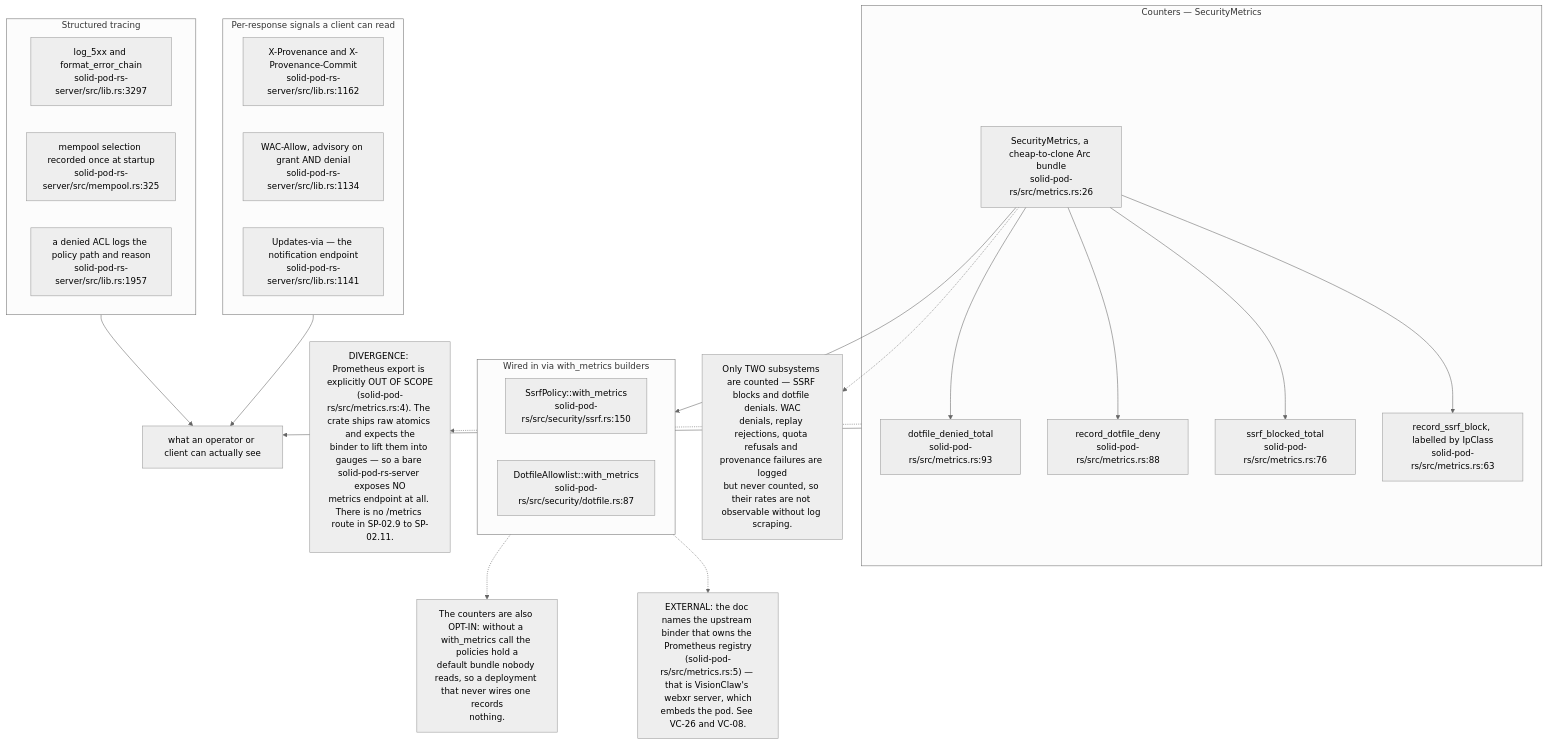
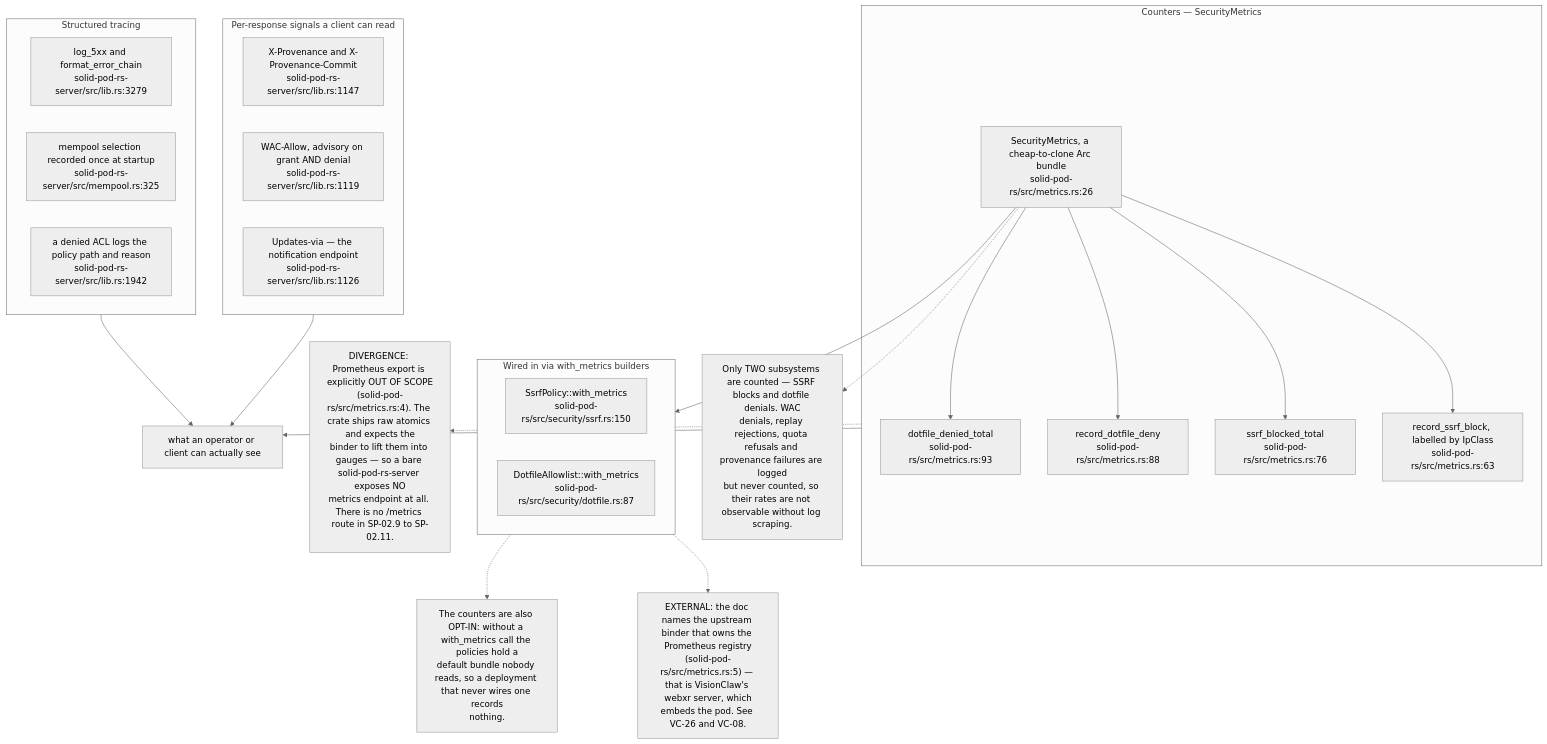
Before and after one commit to DreamLab-AI/VisionFlow: diagram 12 of 12 in docs/diagrams/solid-pod-rs/10-failure-modes-and-invariants.md, drawn with Mermaid (neutral theme). The commit also changed other lines of this file and 111 other files, not shown here.

Commit message:
docs(diagrams): align estate maps with current source

````diff
--- a/docs/diagrams/solid-pod-rs/10-failure-modes-and-invariants.md
+++ b/docs/diagrams/solid-pod-rs/10-failure-modes-and-invariants.md
@@ -339,42 +338,42 @@
 ```mermaid
 flowchart TD
     subgraph COUNT["Counters — SecurityMetrics"]
         SM["SecurityMetrics, a cheap-to-clone Arc bundle<br/>solid-pod-rs/src/metrics.rs:26"]
         SS["record_ssrf_block, labelled by IpClass<br/>solid-pod-rs/src/metrics.rs:63"]
         ST["ssrf_blocked_total<br/>solid-pod-rs/src/metrics.rs:76"]
         DF["record_dotfile_deny<br/>solid-pod-rs/src/metrics.rs:88"]
         DT["dotfile_denied_total<br/>solid-pod-rs/src/metrics.rs:93"]
     end
     subgraph WIRE["Wired in via with_metrics builders"]
         W1["SsrfPolicy::with_metrics<br/>solid-pod-rs/src/security/ssrf.rs:150"]
         W2["DotfileAllowlist::with_metrics<br/>solid-pod-rs/src/security/dotfile.rs:87"]
     end
     subgraph HDR["Per-response signals a client can read"]
-        H1["X-Provenance and X-Provenance-Commit<br/>solid-pod-rs-server/src/lib.rs:1162"]
-        H2["WAC-Allow, advisory on grant AND denial<br/>solid-pod-rs-server/src/lib.rs:1134"]
-        H3["Updates-via — the notification endpoint<br/>solid-pod-rs-server/src/lib.rs:1141"]
+        H1["X-Provenance and X-Provenance-Commit<br/>solid-pod-rs-server/src/lib.rs:1147"]
+        H2["WAC-Allow, advisory on grant AND denial<br/>solid-pod-rs-server/src/lib.rs:1119"]
+        H3["Updates-via — the notification endpoint<br/>solid-pod-rs-server/src/lib.rs:1126"]
     end
     subgraph LOG["Structured tracing"]
-        L1["log_5xx and format_error_chain<br/>solid-pod-rs-server/src/lib.rs:3297"]
+        L1["log_5xx and format_error_chain<br/>solid-pod-rs-server/src/lib.rs:3279"]
         L2["mempool selection recorded once at startup<br/>solid-pod-rs-server/src/mempool.rs:325"]
-        L3["a denied ACL logs the policy path and reason<br/>solid-pod-rs-server/src/lib.rs:1957"]
+        L3["a denied ACL logs the policy path and reason<br/>solid-pod-rs-server/src/lib.rs:1942"]
     end
 
     SM --> SS
     SM --> ST
     SM --> DF
     SM --> DT
     SM --> WIRE
     HDR --> OP["what an operator or client can actually see"]
     LOG --> OP
     COUNT --> OP
 
     N["DIVERGENCE: Prometheus export is explicitly OUT OF SCOPE<br/>(solid-pod-rs/src/metrics.rs:4). The crate ships raw atomics and expects the<br/>binder to lift them into gauges — so a bare solid-pod-rs-server exposes NO<br/>metrics endpoint at all. There is no /metrics route in SP-02.9 to SP-02.11."]
     COUNT -.-> N
     N2["EXTERNAL: the doc names the upstream binder that owns the Prometheus registry<br/>(solid-pod-rs/src/metrics.rs:5) — that is VisionClaw's webxr server, which<br/>embeds the pod. See VC-26 and VC-08."]
     WIRE -.-> N2
     N3["Only TWO subsystems are counted — SSRF blocks and dotfile denials. WAC<br/>denials, replay rejections, quota refusals and provenance failures are logged<br/>but never counted, so their rates are not observable without log scraping."]
     SM -.-> N3
     N4["The counters are also OPT-IN: without a with_metrics call the policies hold a<br/>default bundle nobody reads, so a deployment that never wires one records<br/>nothing."]
     WIRE -.-> N4
 ```
````
